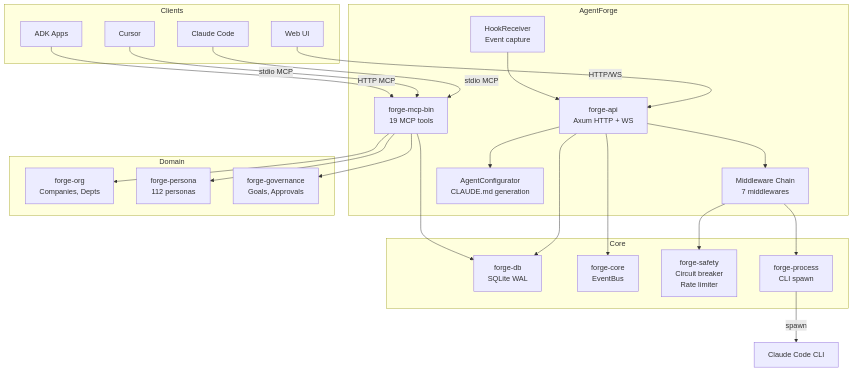
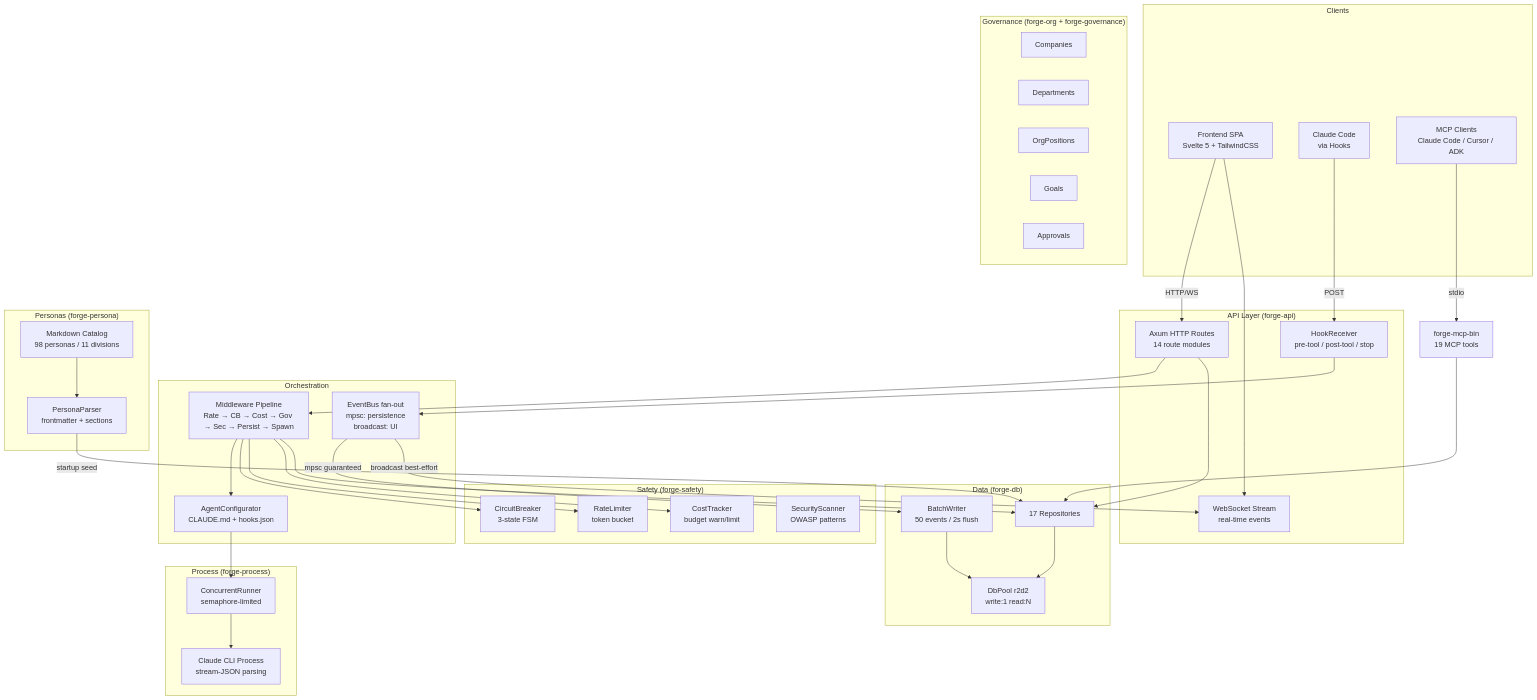
The diagram in site-docs/architecture/overview.md (mehdisalescale/agentforge-hq), drawn with Mermaid before and after one commit. The commit also changed other lines of this file and 22 other files, not shown here.

````diff
--- a/site-docs/architecture/overview.md
+++ b/site-docs/architecture/overview.md
@@ -7,49 +9,74 @@
 ```mermaid
 graph TB
     subgraph Clients
-        Browser[Web UI]
-        CC[Claude Code]
-        Cursor[Cursor]
-        ADK[ADK Apps]
+        FE[Frontend SPA<br/>Svelte 5 + TailwindCSS]
+        CLI[Claude Code<br/>via Hooks]
+        MCP[MCP Clients<br/>Claude Code / Cursor / ADK]
     end
 
-    subgraph AgentForge
-        API[forge-api<br/>Axum HTTP + WS]
-        MCP[forge-mcp-bin<br/>19 MCP tools]
-        MW[Middleware Chain<br/>7 middlewares]
-        CONF[AgentConfigurator<br/>CLAUDE.md generation]
-        HOOK[HookReceiver<br/>Event capture]
+    subgraph "API Layer (forge-api)"
+        HTTP[Axum HTTP Routes<br/>14 route modules]
+        WS[WebSocket Stream<br/>real-time events]
+        HOOKS[HookReceiver<br/>pre-tool / post-tool / stop]
     end
 
-    subgraph Core
-        DB[forge-db<br/>SQLite WAL]
-        CORE[forge-core<br/>EventBus]
-        SAFETY[forge-safety<br/>Circuit breaker<br/>Rate limiter]
-        PROC[forge-process<br/>CLI spawn]
+    subgraph "Orchestration"
+        CONFIG[AgentConfigurator<br/>CLAUDE.md + hooks.json]
+        MW[Middleware Pipeline<br/>Rate → CB → Cost → Gov → Sec → Persist → Spawn]
+        EB[EventBus fan-out<br/>mpsc: persistence<br/>broadcast: UI]
     end
 
-    subgraph Domain
-        ORG[forge-org<br/>Companies, Depts]
-        PERSONA[forge-persona<br/>112 personas]
-        GOV[forge-governance<br/>Goals, Approvals]
+    subgraph "Safety (forge-safety)"
+        CB[CircuitBreaker<br/>3-state FSM]
+        RL[RateLimiter<br/>token bucket]
+        CT[CostTracker<br/>budget warn/limit]
+        SS[SecurityScanner<br/>OWASP patterns]
     end
 
-    Browser -->|HTTP/WS| API
-    CC -->|stdio MCP| MCP
-    Cursor -->|stdio MCP| MCP
-    ADK -->|HTTP MCP| MCP
+    subgraph "Process (forge-process)"
+        CR[ConcurrentRunner<br/>semaphore-limited]
+        PROC[Claude CLI Process<br/>stream-JSON parsing]
+    end
 
-    API --> MW --> PROC
-    API --> CONF
-    HOOK --> API
+    subgraph "Data (forge-db)"
+        POOL[DbPool r2d2<br/>write:1 read:N]
+        BW[BatchWriter<br/>50 events / 2s flush]
+        REPOS[17 Repositories]
+    end
 
-    API --> DB
-    API --> CORE
-    MW --> SAFETY
-    PROC -->|spawn| Claude[Claude Code CLI]
+    subgraph "Governance (forge-org + forge-governance)"
+        COMP[Companies]
+        DEPT[Departments]
+        ORG[OrgPositions]
+        GOALS[Goals]
+        APPROVALS[Approvals]
+    end
 
-    MCP --> DB
-    MCP --> ORG
-    MCP --> PERSONA
-    MCP --> GOV
+    subgraph "Personas (forge-persona)"
+        MD[Markdown Catalog<br/>98 personas / 11 divisions]
+        PARSER[PersonaParser<br/>frontmatter + sections]
+    end
+
+    FE -->|HTTP/WS| HTTP
+    FE --> WS
+    CLI -->|POST| HOOKS
+    MCP -->|stdio| MCPBIN[forge-mcp-bin<br/>19 MCP tools]
+
+    HTTP --> MW
+    HOOKS --> EB
+    MW --> CONFIG
+    MW --> CB & RL & CT
+    CONFIG --> CR
+    CR --> PROC
+
+    EB -->|mpsc guaranteed| BW
+    EB -->|broadcast best-effort| WS
+    BW --> POOL
+    REPOS --> POOL
+
+    MW --> REPOS
+    HTTP --> REPOS
+    MCPBIN --> REPOS
+
+    MD --> PARSER -->|startup seed| REPOS
 ```
````
